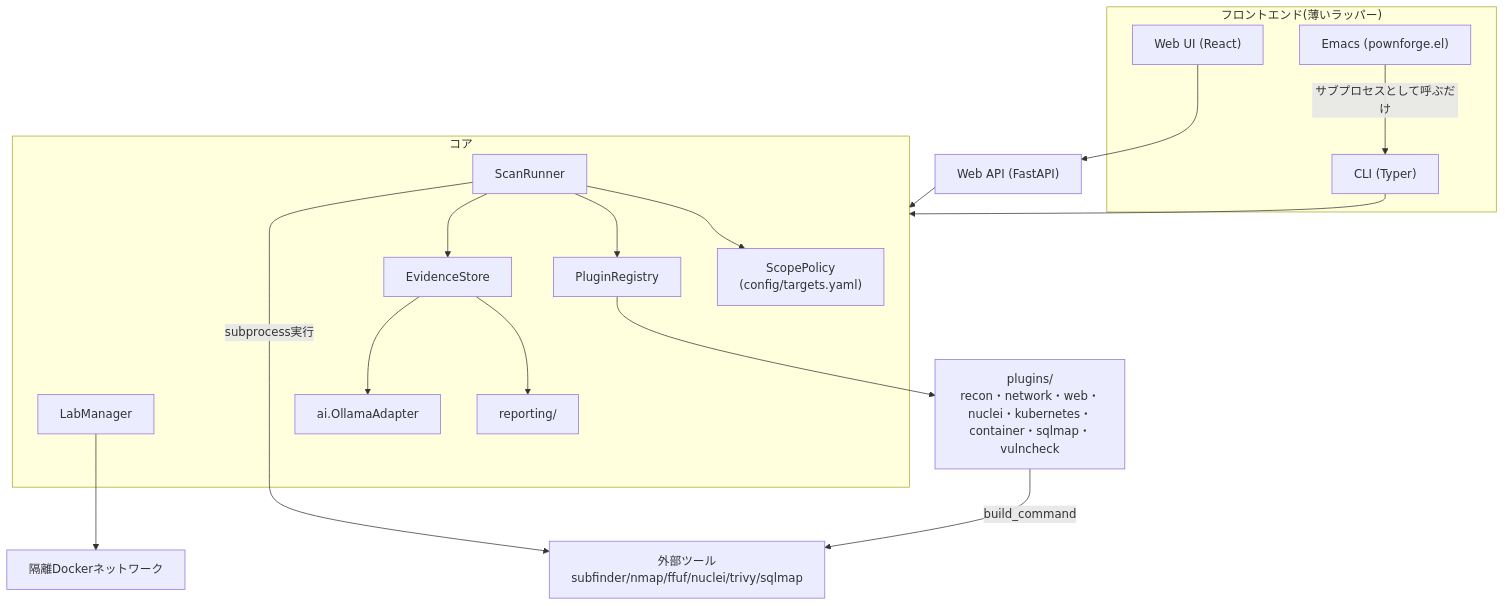
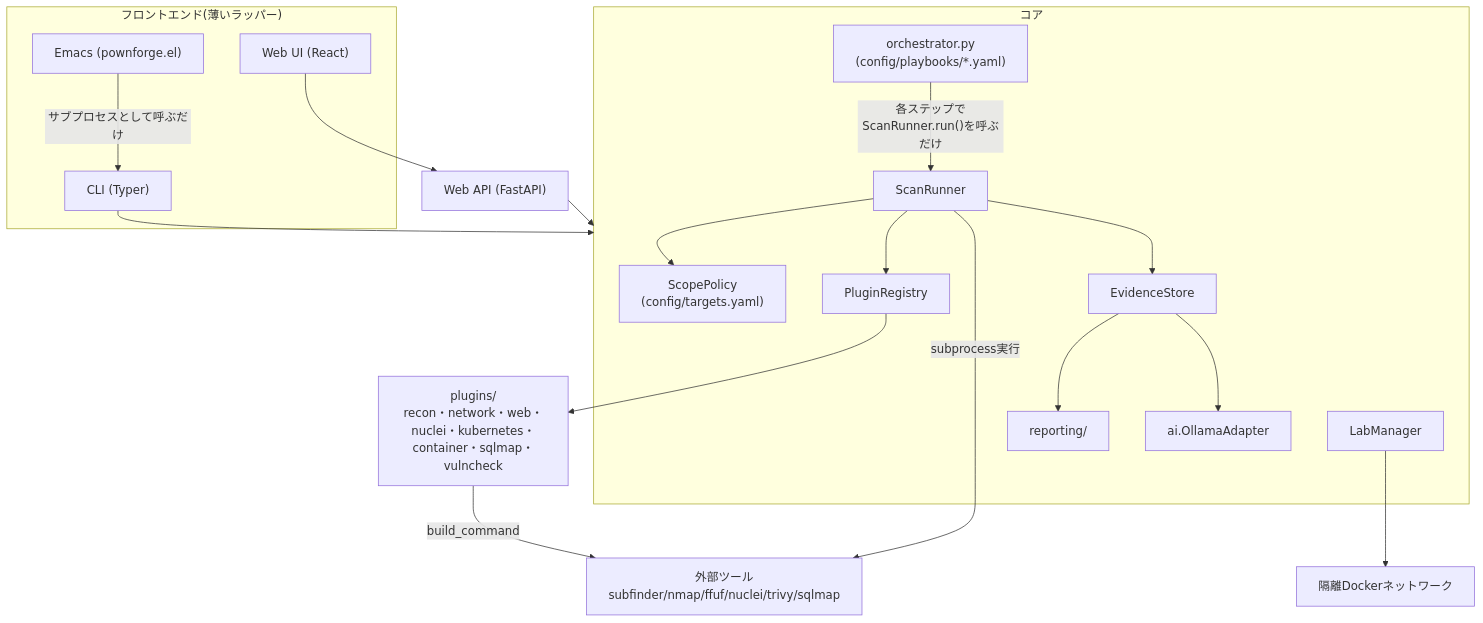
One commit to ac1965/PownForge changed the first of 6 diagrams in docs/handbook.md. Above: the diagram before and after it, drawn with Mermaid. The commit also changed other lines of this file and 6 other files, not shown here.

````diff
--- a/docs/handbook.md
+++ b/docs/handbook.md
@@ -54,34 +55,36 @@
 ```mermaid
 graph TD
     subgraph FrontEnds["フロントエンド(薄いラッパー)"]
         CLI["CLI (Typer)"]
         WebUI["Web UI (React)"]
         Emacs["Emacs (pownforge.el)"]
     end
     WebAPI["Web API (FastAPI)"]
 
     CLI --> Core
     WebUI --> WebAPI
     WebAPI --> Core
     Emacs -- "サブプロセスとして呼ぶだけ" --> CLI
 
     subgraph Core["コア"]
         ScopePolicy["ScopePolicy<br/>(config/targets.yaml)"]
         Registry["PluginRegistry"]
         Runner["ScanRunner"]
+        Orchestrator["orchestrator.py<br/>(config/playbooks/*.yaml)"]
         Lab["LabManager"]
         Evidence["EvidenceStore"]
         Reporting["reporting/"]
         AI["ai.OllamaAdapter"]
     end
 
     Runner --> ScopePolicy
     Runner --> Registry
     Runner --> Evidence
+    Orchestrator -- "各ステップでScanRunner.run()を呼ぶだけ" --> Runner
     Registry --> Plugins["plugins/<br/>recon・network・web・nuclei・kubernetes・container・sqlmap・vulncheck"]
     Plugins -- "build_command" --> ExtTools["外部ツール<br/>subfinder/nmap/ffuf/nuclei/trivy/sqlmap"]
     Runner -- "subprocess実行" --> ExtTools
     Evidence --> Reporting
     Evidence --> AI
     Lab --> Docker["隔離Dockerネットワーク"]
 ```
````
